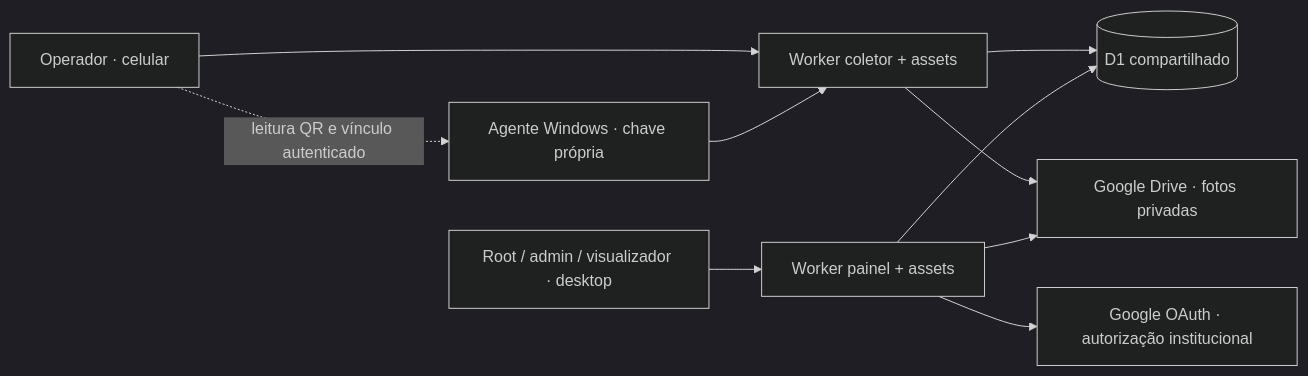
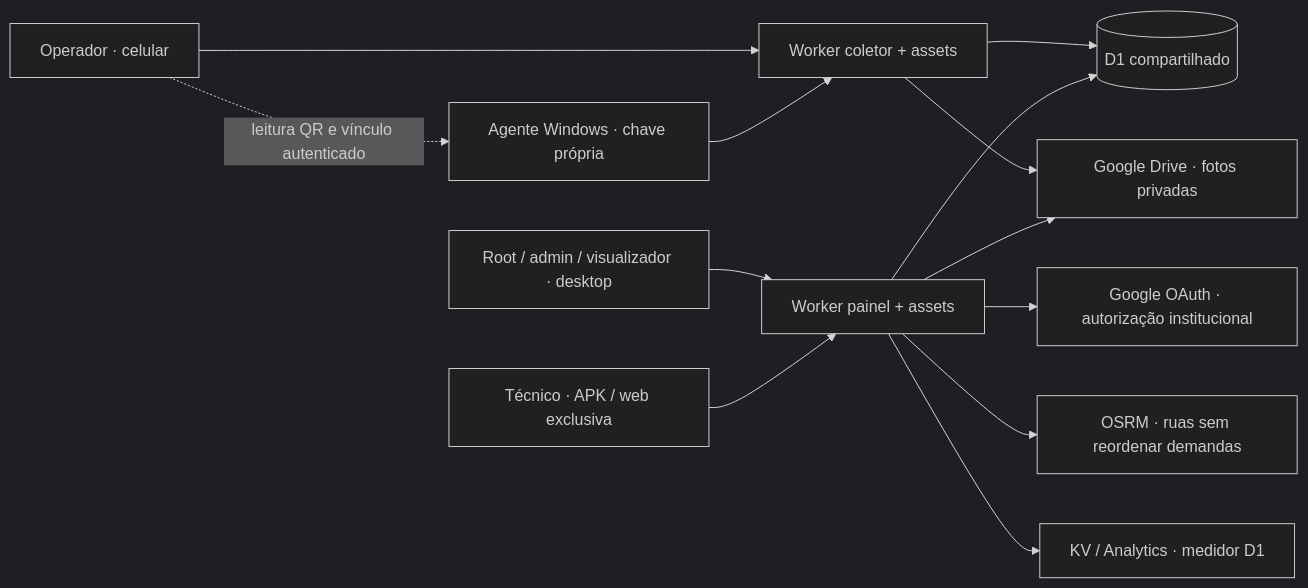
The diagram in docs/07-operacao/01_ARQUITETURA_ATUAL.md (tdiasilva-create/inventario), drawn with Mermaid (dark theme) before and after one commit. The commit also changed other lines of this file and 24 other files, not shown here.

Commit message:
docs: synchronize D110 architecture and prepare physical-server transfer

````diff
--- a/docs/07-operacao/01_ARQUITETURA_ATUAL.md
+++ b/docs/07-operacao/01_ARQUITETURA_ATUAL.md
@@ -3,12 +3,15 @@
 ```mermaid
 flowchart LR
   C[Operador · celular] --> CW[Worker coletor + assets]
   P[Root / admin / visualizador · desktop] --> PW[Worker painel + assets]
   A[Agente Windows · chave própria] --> CW
+  T[Técnico · APK / web exclusiva] --> PW
   CW --> D[(D1 compartilhado)]
   PW --> D
   CW --> G[Google Drive · fotos privadas]
   PW --> G
   PW --> O[Google OAuth · autorização institucional]
+  PW --> R[OSRM · ruas sem reordenar demandas]
+  PW --> K[KV / Analytics · medidor D1]
   C -. leitura QR e vínculo autenticado .-> A
 ```
````
